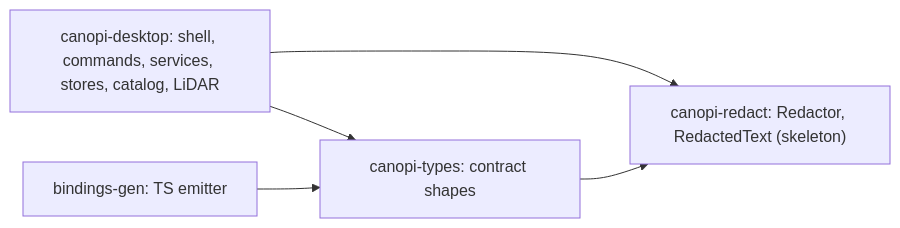
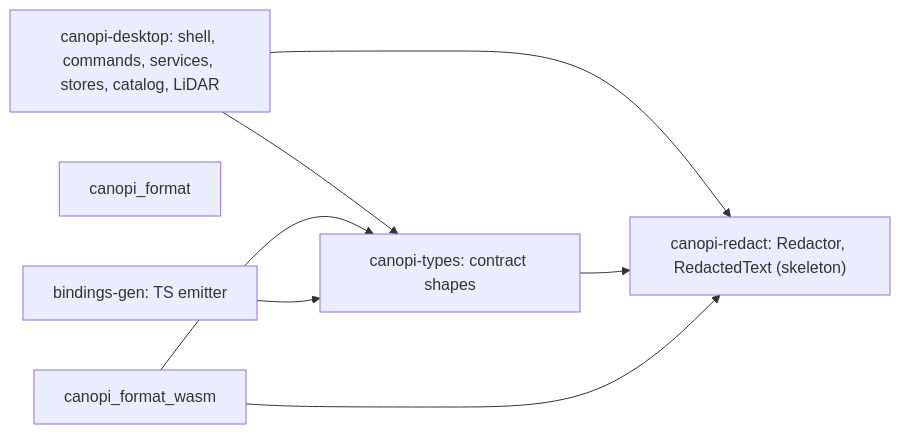
One commit to opencanopi/canopi changed the sixth of 8 diagrams in docs/architecture/components.md. Above: the diagram before and after it, drawn with Mermaid. The commit also changed other lines of this file and 57 other files, not shown here.

First line of the commit message:
feat(format): the format worker probe, canopi-redact linked in canopi-format-wasm and instantiated in every engine (canopi-f47t.52.270)

````diff
--- a/docs/architecture/components.md
+++ b/docs/architecture/components.md
@@ -247,11 +247,14 @@
 ```mermaid
 flowchart LR
   canopi_desktop["canopi-desktop: shell, commands, services, stores, catalog, LiDAR"]
   canopi_types["canopi-types: contract shapes"]
   canopi_redact["canopi-redact: Redactor, RedactedText (skeleton)"]
+  canopi_format
   bindings_gen["bindings-gen: TS emitter"]
   canopi_desktop --> canopi_types
   canopi_desktop --> canopi_redact
   canopi_types --> canopi_redact
+  canopi_format_wasm --> canopi_types
+  canopi_format_wasm --> canopi_redact
   bindings_gen --> canopi_types
 ```
````
